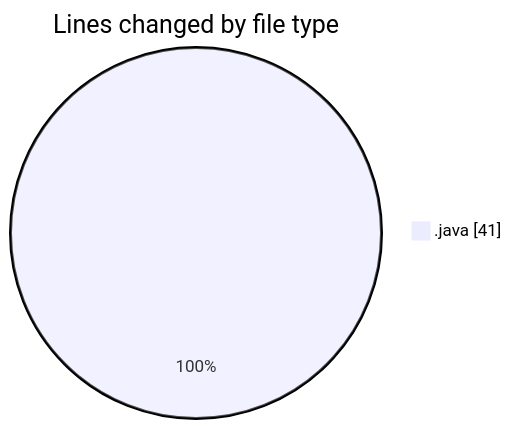
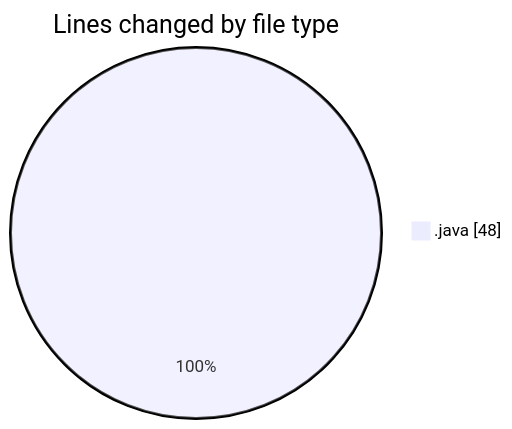
The first of 2 diagrams in 2026-03-08/java_basics/README.md (hasnaa123/code-tracking), drawn with Mermaid before and after one commit. The commit also changed other lines of this file and 1 other file, not shown here.

````diff
--- a/2026-03-08/java_basics/README.md
+++ b/2026-03-08/java_basics/README.md
@@ -20,5 +20,5 @@
 ```mermaid
 pie showData
 title Lines changed by file type
-".java" : 41
+".java" : 48
 ```
````
